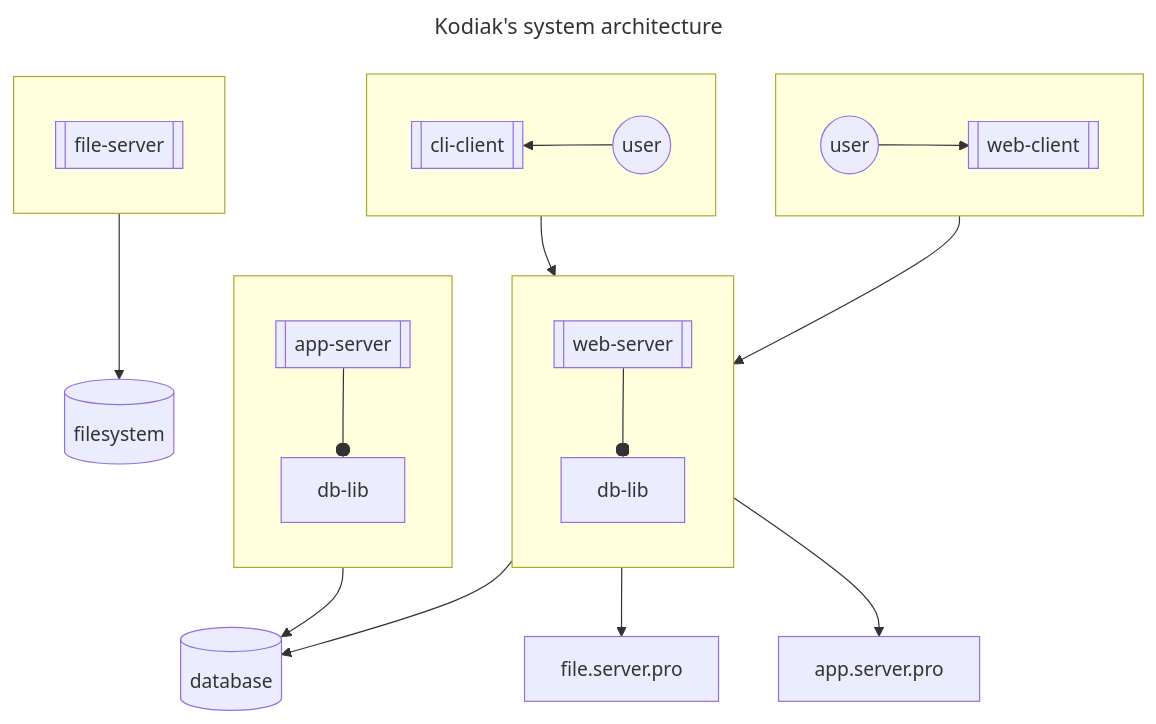
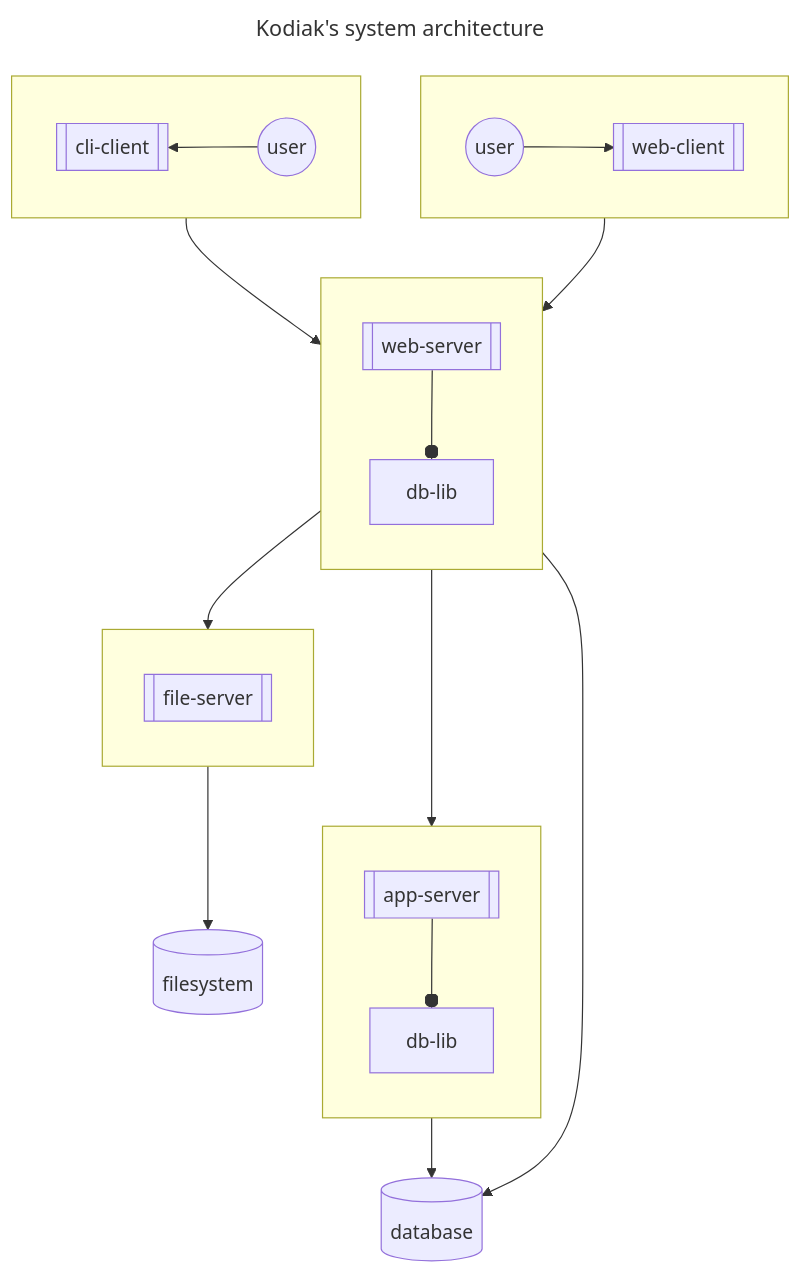
The first of 2 diagrams in SYSTEM-ARCHITECTURE.md (polarlabs/kodiak-diagrams), drawn with Mermaid before and after one commit.

````diff
--- a/SYSTEM-ARCHITECTURE.md
+++ b/SYSTEM-ARCHITECTURE.md
@@ -5,35 +5,35 @@
 ```mermaid
 ---
 title: Kodiak's system architecture
 ---
 flowchart TB
   direction TB
   subgraph user-web[ ]
     direction LR
     web-user((user)) --> web-client[[web-client]]
   end
   subgraph user-cli[ ]
     direction RL
     cli-user((user)) --> cli-client[[cli-client]]
   end
   subgraph file-server[ ]
     direction TB
     file-server.pro[[file-server]]
   end
   subgraph web-server[ ]
     direction TB
     web-server.pro[[web-server]] --o web-server.db-lib[db-lib]
   end
   subgraph app-server[ ]
     direction TB
     app-server.pro[[app-server]] --o app-server.db-lib[db-lib]
   end
   web-client --> web-server.pro
   cli-client --> web-server.pro
-  web-server.pro --> file.server.pro
-  web-server.pro --> app.server.pro
+  web-server.pro --> file-server.pro
+  web-server.pro --> app-server.pro
   file-server --> filesystem[(filesystem)]
   web-server --> database[(database)]
   app-server --> database[(database)]
   filesystem ~~~ database
 ```
````
